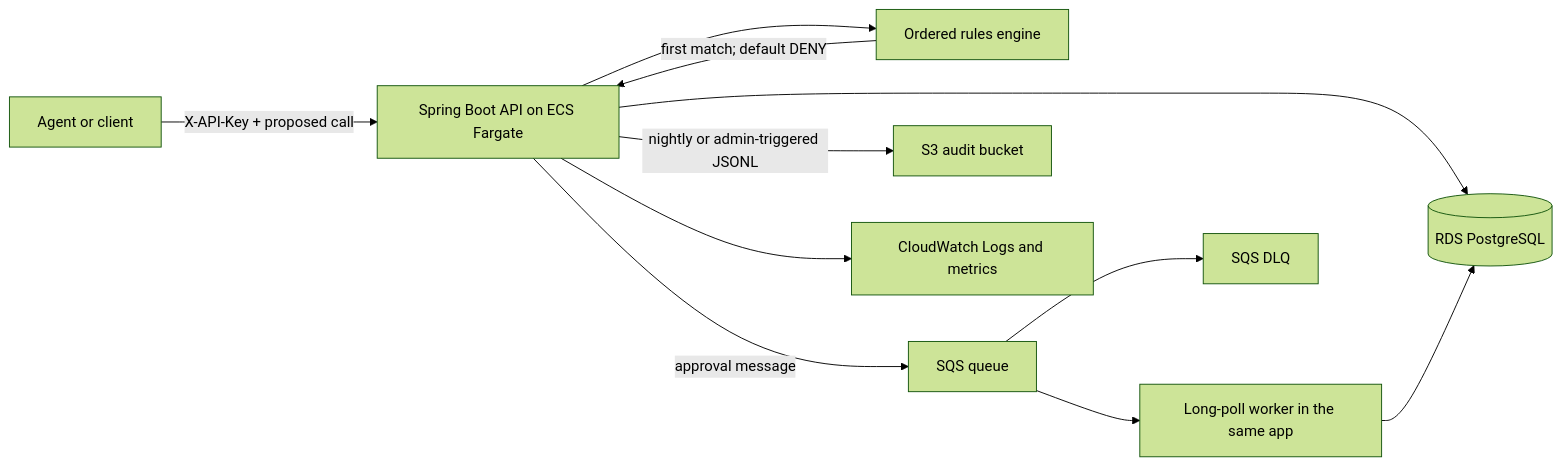
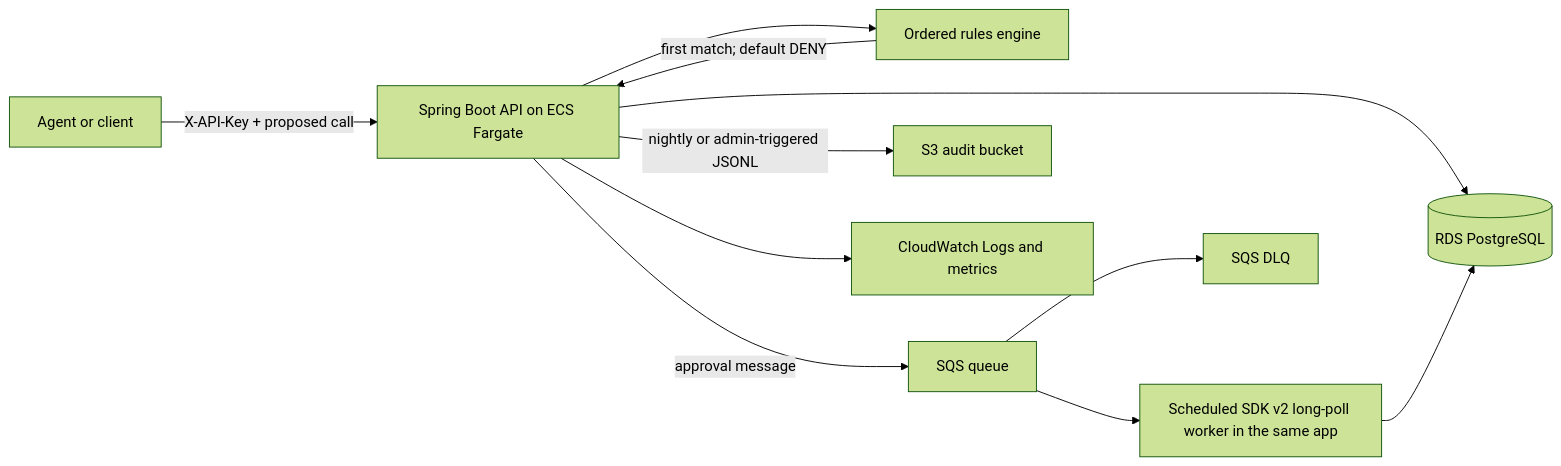
The diagram in README.md (Aly700/agentops-gate), drawn with Mermaid (forest theme) before and after one commit. The commit also changed other lines of this file and 30 other files, not shown here.

Commit message:
aws transport on sdk v2: sqs publisher + long-poll worker, s3 export, localstack tests; drop spring cloud aws (boot 4 incompatible)

````diff
--- a/README.md
+++ b/README.md
@@ -11,13 +9,13 @@
 ```mermaid
 flowchart LR
     Agent[Agent or client] -->|X-API-Key + proposed call| API[Spring Boot API on ECS Fargate]
     API --> Engine[Ordered rules engine]
     Engine -->|first match; default DENY| API
     API --> DB[(RDS PostgreSQL)]
     API -->|approval message| SQS[SQS queue]
-    SQS --> Worker[Long-poll worker in the same app]
+    SQS --> Worker[Scheduled SDK v2 long-poll worker in the same app]
     Worker --> DB
     API -->|nightly or admin-triggered JSONL| S3[S3 audit bucket]
     API --> Logs[CloudWatch Logs and metrics]
     SQS --> DLQ[SQS DLQ]
 ```
````
